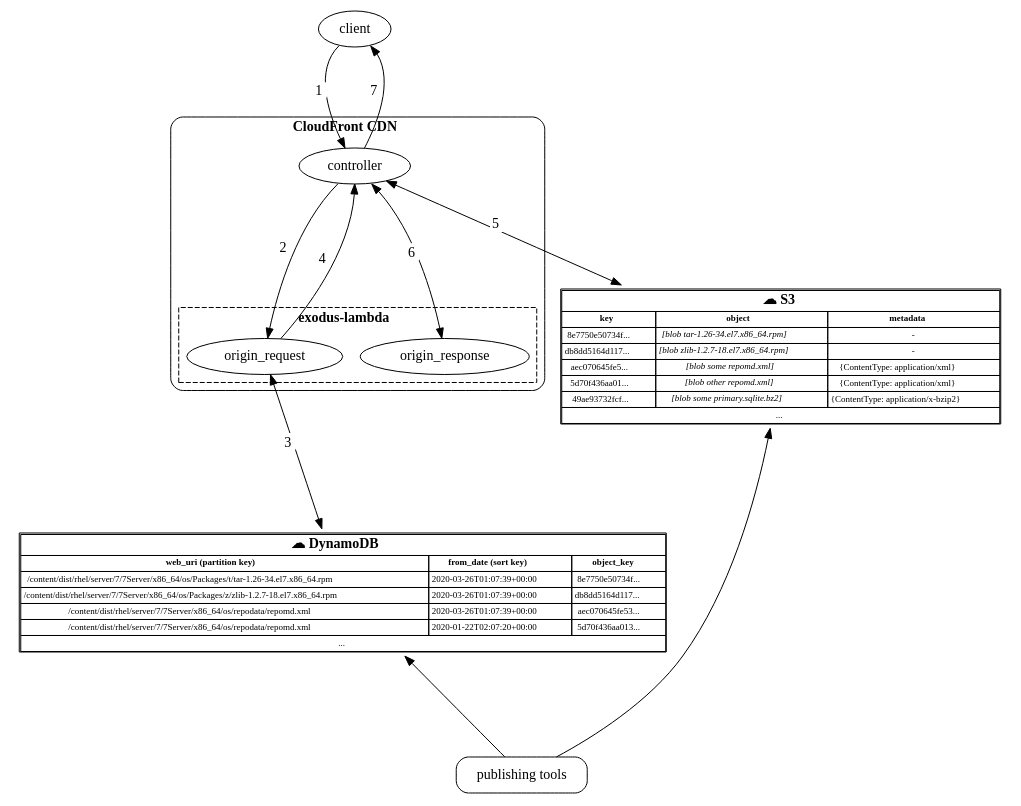
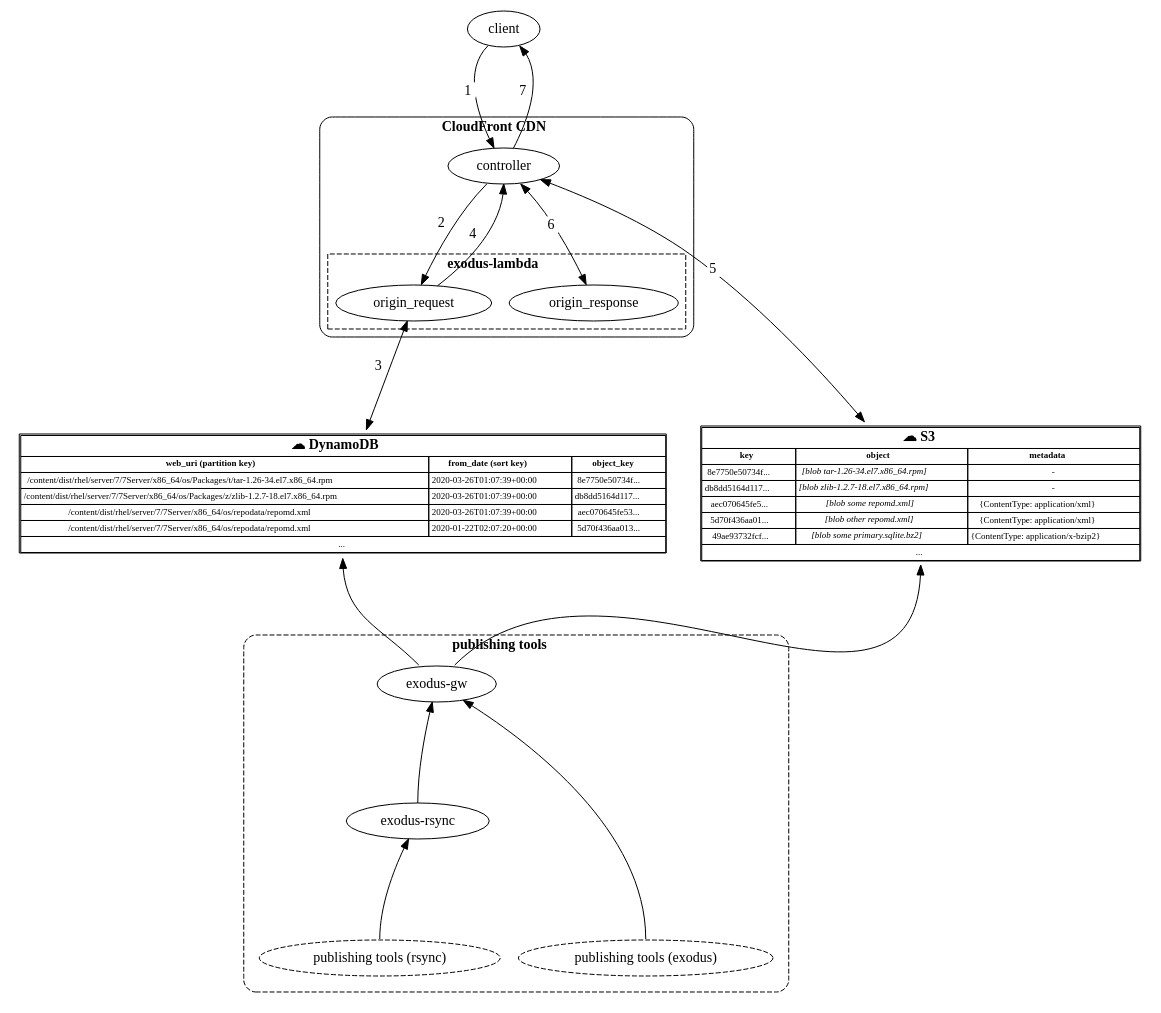
The diagram in docs/arch.gv (release-engineering/exodus-lambda), drawn with Graphviz before and after one commit. The commit also changed 1 other file, not shown here.

Commit message:
docs: add details on publishing tools
We have a design for publishing tools now. Let's add them into the
architecture page so it's easier to see how everything fits
together.

exodus-gw, exodus-rsync repos don't exist yet; they should be
linked here once created.

It has been assumed that S3 uploads will be handled by exodus-gw,
but in truth this is still an open question; the diagram shows
the intended design and there is a chance that the plan will
change.

```diff
--- a/docs/arch.gv
+++ b/docs/arch.gv
@@ -1,139 +1,160 @@
 digraph {
     ranksep="1.4";
 
     # These are arranged and labelled to communicate the
     # sequence of events when a request is processed.
     # Try to keep them in this order.
     client:sw -> controller [
         xlabel=< <table bgcolor="white" border="0" cellborder="0" cellpadding="0" style="rounded"><tr><td>1</td></tr></table> >
     ]
 
     controller:sw -> origin_request [
         xlabel=< <table bgcolor="white" border="0" cellborder="0" cellpadding="0" style="rounded"><tr><td>2</td></tr></table> >
     ]
 
     origin_request -> db [
         xlabel=< <table bgcolor="white" border="0" cellborder="0" cellpadding="0" style="rounded"><tr><td>3</td></tr></table> >,
         dir=both
     ]
 
     origin_request -> controller:s [
         xlabel=< <table bgcolor="white" border="0" cellborder="0" cellpadding="0" style="rounded"><tr><td>4</td></tr></table> >
     ]
 
     controller -> S3 [
         xlabel=< <table bgcolor="white" border="0" cellborder="0" cellpadding="0" style="rounded"><tr><td>5</td></tr></table> >,
         dir=both
     ]
 
     controller:se -> origin_response [
         xlabel=< <table bgcolor="white" border="0" cellborder="0" cellpadding="0" style="rounded"><tr><td>6</td></tr></table> >,
         dir=both
     ]
 
     controller -> client:se [
         xlabel=< <table bgcolor="white" border="0" cellborder="0" cellpadding="0" style="rounded"><tr><td>7</td></tr></table> >
     ]
 
     # publishing tools are mentioned, but do not participate
     # in the request processing.
     # Connection order here is reversed to force the publishing tools to the bottom
     # of the graph, which makes them stand out a bit more.
-    S3 -> publish_tools [dir="back"]
-    db -> publish_tools [dir="back"]
+    S3:s -> exodus_gw:ne [dir="back"]
+    db:s -> exodus_gw:nw [dir="back"]
+
+    exodus_gw -> exodus_rsync:n [dir="back"];
+    exodus_gw -> native_tools:n [dir="back"];
+    exodus_rsync -> legacy_tools:n [dir="back"];
 
     client [label="client"]
-    publish_tools [label="publishing tools", style="rounded", rank="max", shape="box"]
+    exodus_gw [label="exodus-gw"];
+    exodus_rsync [label="exodus-rsync"];
+    legacy_tools [label="publishing tools (rsync)", style="dashed"];
+    native_tools [label="publishing tools (exodus)", style="dashed"];
 
     db [
         shape=plaintext
         fontsize=9
         label=<
 
             <table border='1' cellborder='1' cellspacing='0'>
                 <tr><td colspan='3'><font point-size="14"><b>☁ DynamoDB</b></font></td></tr>
                 <tr>
                     <td><b>web_uri (partition key)</b></td>
                     <td><b>from_date (sort key)</b></td>
                     <td><b>object_key</b></td>
                 </tr>
                 <tr>
                     <td>/content/dist/rhel/server/7/7Server/x86_64/os/Packages/t/tar-1.26-34.el7.x86_64.rpm</td>
                     <td>2020-03-26T01:07:39+00:00</td>
                     <td>8e7750e50734f...</td>
                 </tr>
                 <tr>
                     <td>/content/dist/rhel/server/7/7Server/x86_64/os/Packages/z/zlib-1.2.7-18.el7.x86_64.rpm</td>
                     <td>2020-03-26T01:07:39+00:00</td>
                     <td>db8dd5164d117...</td>
                 </tr>
                 <tr>
                     <td>/content/dist/rhel/server/7/7Server/x86_64/os/repodata/repomd.xml</td>
                     <td>2020-03-26T01:07:39+00:00</td>
                     <td>aec070645fe53...</td>
                 </tr>
                 <tr>
                     <td>/content/dist/rhel/server/7/7Server/x86_64/os/repodata/repomd.xml</td>
                     <td>2020-01-22T02:07:20+00:00</td>
                     <td>5d70f436aa013...</td>
                 </tr>
                 <tr><td colspan='3'>...</td></tr>
             </table>
         >
     ];
 
     S3 [
         shape=plaintext
         fontsize=9
         label=<
 
                 <table border='1' cellborder='1' cellspacing='0'>
                     <tr><td colspan='3'><font point-size="14"><b>☁ S3</b></font></td></tr>
                     <tr>
                         <td><b>key</b></td>
                         <td><b>object</b></td>
                         <td><b>metadata</b></td>
                     </tr>
                     <tr>
                         <td>8e7750e50734f...</td>
                         <td><i>[blob tar-1.26-34.el7.x86_64.rpm]</i></td>
                         <td>-</td>
                     </tr>
                     <tr>
                         <td>db8dd5164d117...</td>
                         <td><i>[blob zlib-1.2.7-18.el7.x86_64.rpm]</i></td>
                         <td>-</td>
                     </tr>
                     <tr>
                         <td>aec070645fe5...</td>
                         <td><i>[blob some repomd.xml]</i></td>
                         <td>{ContentType: application/xml}</td>
                     </tr>
                     <tr>
                         <td>5d70f436aa01...</td>
                         <td><i>[blob other repomd.xml]</i></td>
                         <td>{ContentType: application/xml}</td>
                     </tr>
                     <tr>
                         <td>49ae93732fcf...</td>
                         <td><i>[blob some primary.sqlite.bz2]</i></td>
                         <td>{ContentType: application/x-bzip2}</td>
                     </tr>
                     <tr><td colspan='3'>...</td></tr>
                 </table>
         >
     ];
 
     subgraph cluster_0 {
         label=< <b>CloudFront CDN</b> >
         style="rounded";
         controller;
         subgraph cluster_1 {
             label=<<b>exodus-lambda</b>>;
             style="dashed";
             rank=same
             origin_request;
             origin_response;
         }
     }
+
+    subgraph cluster_10 {
+        label=< <b>publishing tools</b> >
+        style="dashed,rounded";
+        exodus_gw;
+        exodus_rsync;
+        subgraph cluster_11 {
+            label="";
+            style="invis";
+            rank=same;
+            legacy_tools;
+            native_tools;
+        }
+    }
 }
```
